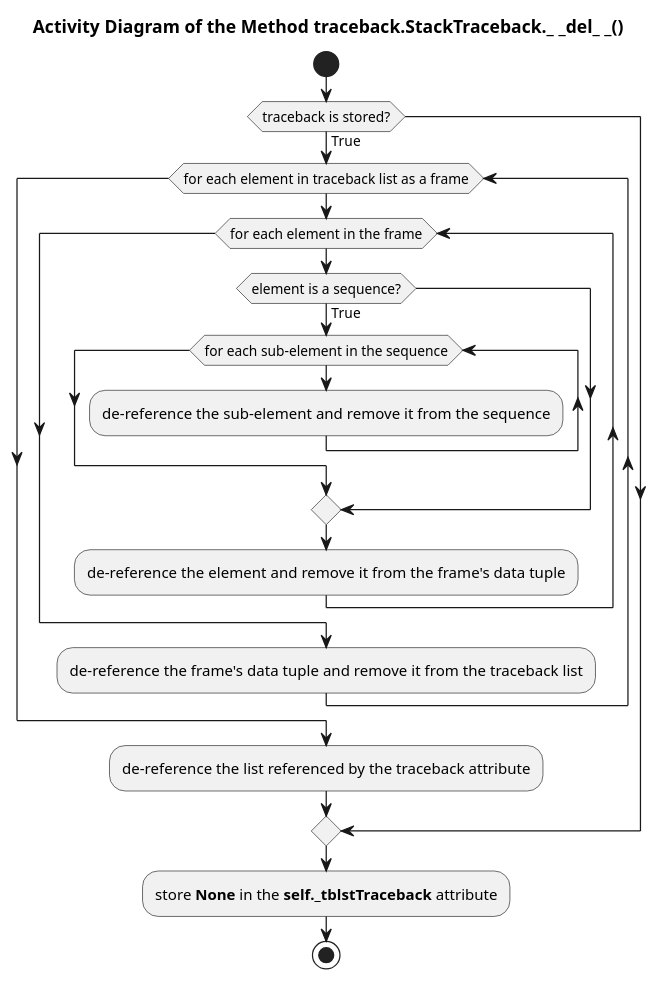
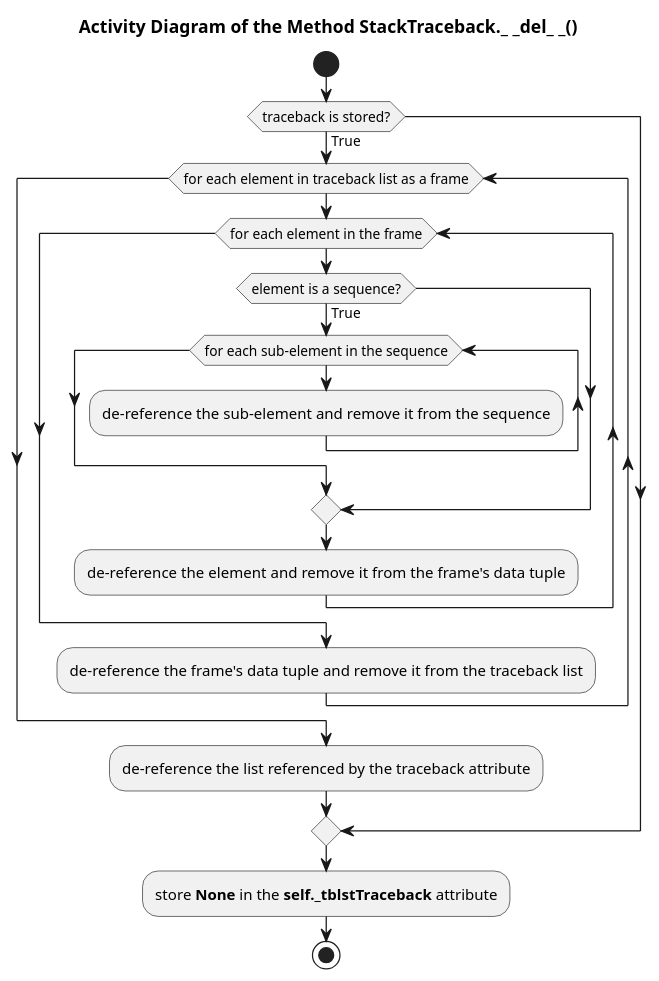
Before and after one commit to FooBarShebang/introspection_lib: the diagram in Documentation/UML/traceback/traceback_stacktraceback_del.pu, drawn with PlantUML. The commit also changed 18 other files, not shown here.

Commit message:
updated UML diagrams

```diff
--- a/Documentation/UML/traceback/traceback_stacktraceback_del.pu
+++ b/Documentation/UML/traceback/traceback_stacktraceback_del.pu
@@ -1,29 +1,29 @@
 @startuml traceback_stacktraceback_del
 
-title Activity Diagram of the Method traceback.StackTraceback._ _del_ _()
+title Activity Diagram of the Method StackTraceback._ _del_ _()
 
 start
 
 if (traceback is stored?) then (True)
     while (for each element in traceback list as a frame)
         while (for each element in the frame)
             if (element is a sequence?) then (True)
                 while (for each sub-element in the sequence)
                     :de-reference the sub-element and remove it from the sequence;
                 end while
             endif
 
             :de-reference the element and remove it from the frame's data tuple;
         end while
 
         :de-reference the frame's data tuple and remove it from the traceback list;
     end while
 
     :de-reference the list referenced by the traceback attribute;
 endif
 
 :store <b>None</b> in the <b>self._tblstTraceback</b> attribute;
 
 stop
 
 @enduml
```
